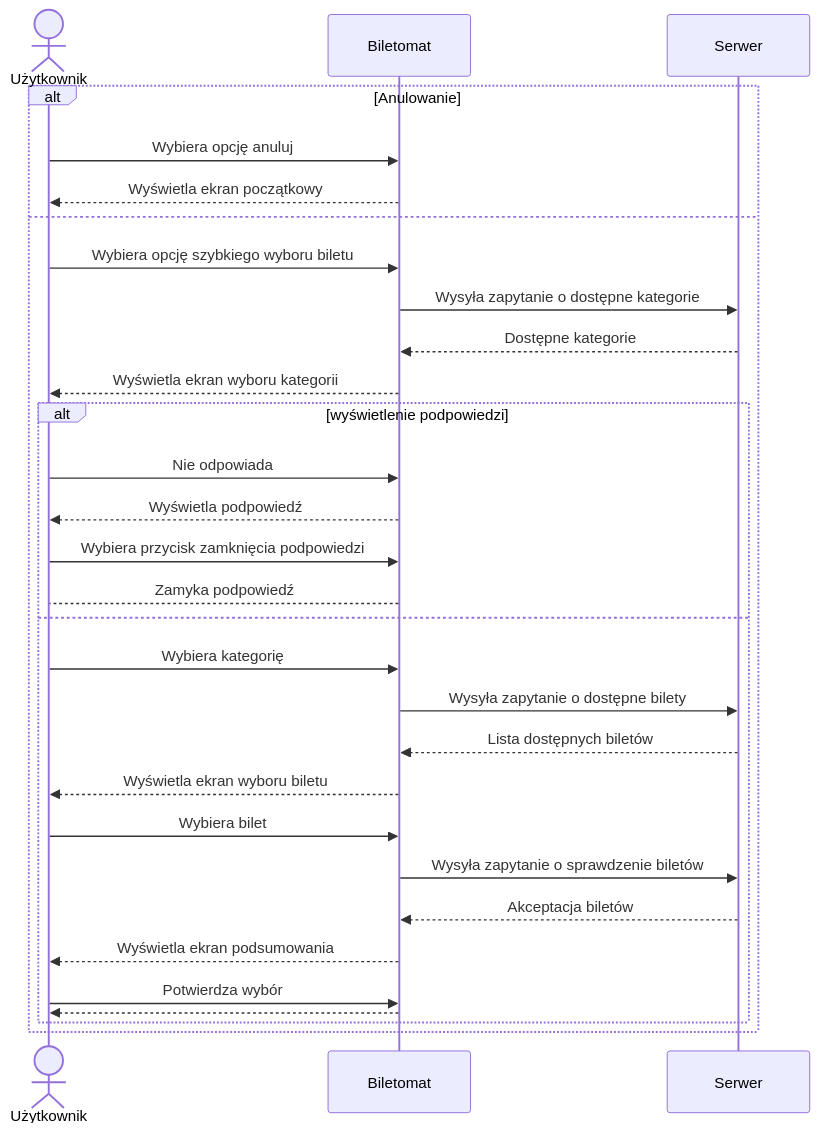
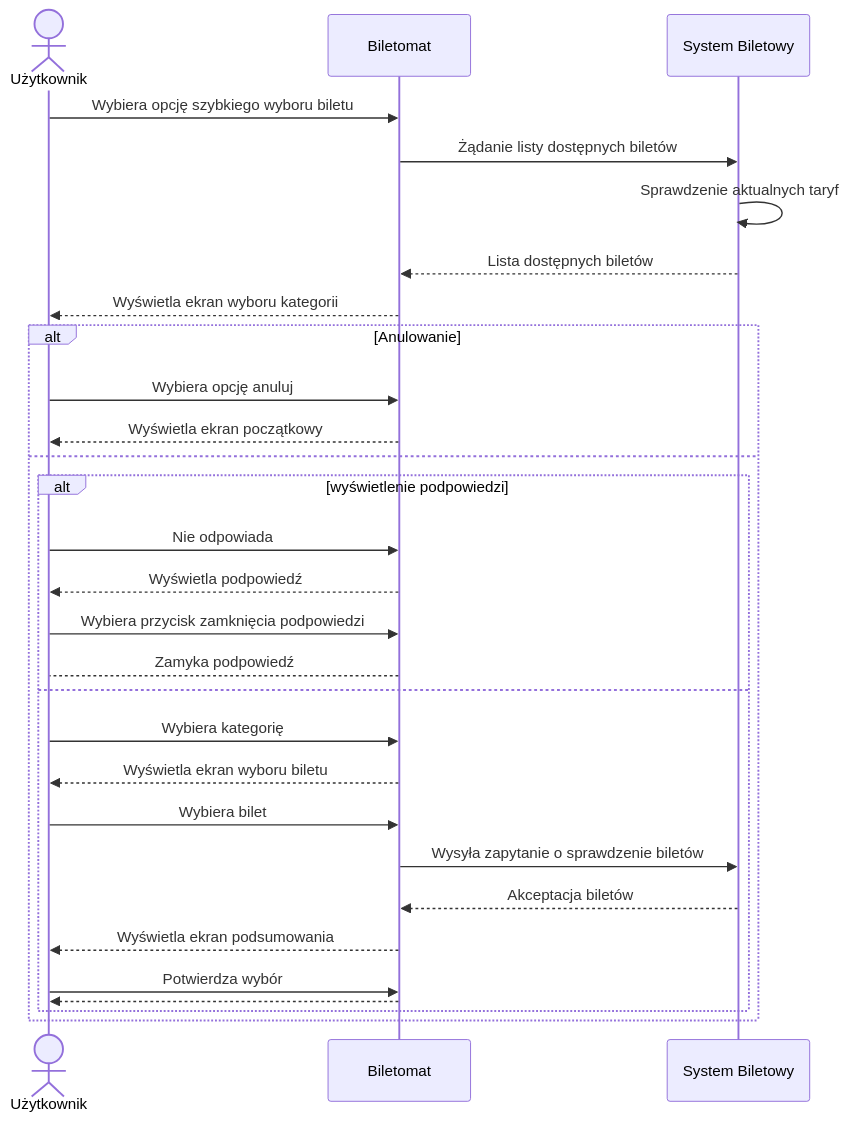
Before and after one commit to s3r10us3r/mwo_lab4: the seventh of 7 diagrams in uzytkownik.md, drawn with Mermaid.

Commit message:
Poprawa diagramu

````diff
--- a/uzytkownik.md
+++ b/uzytkownik.md
@@ -145,33 +145,32 @@
 ```mermaid
 sequenceDiagram
     actor U as Użytkownik
     participant I as Biletomat
-    participant S as Serwer
+    participant S as System Biletowy
     
+    U ->> I: Wybiera opcję szybkiego wyboru biletu
+    I ->> S: Żądanie listy dostępnych biletów
+    S ->> S: Sprawdzenie aktualnych taryf
+    S -->> I: Lista dostępnych biletów
+    I -->> U: Wyświetla ekran wyboru kategorii
     alt Anulowanie
     U ->> I: Wybiera opcję anuluj
     I -->> U: Wyświetla ekran początkowy
     else
-    U ->> I: Wybiera opcję szybkiego wyboru biletu
-    I ->> S: Wysyła zapytanie o dostępne kategorie
-    S -->> I: Dostępne kategorie
-    I -->> U: Wyświetla ekran wyboru kategorii
     alt wyświetlenie podpowiedzi
     U ->> I: Nie odpowiada
     I -->> U: Wyświetla podpowiedź
     U ->> I: Wybiera przycisk zamknięcia podpowiedzi
     I --> U: Zamyka podpowiedź
     else
     U ->> I: Wybiera kategorię
-    I ->> S: Wysyła zapytanie o dostępne bilety
-    S -->> I: Lista dostępnych biletów
     I -->> U: Wyświetla ekran wyboru biletu
     U ->> I: Wybiera bilet
     I ->> S: Wysyła zapytanie o sprawdzenie biletów
     S -->> I: Akceptacja biletów
     I -->> U: Wyświetla ekran podsumowania
     U ->> I: Potwierdza wybór
     I -->> U: 
     end
     end
 ```
````
